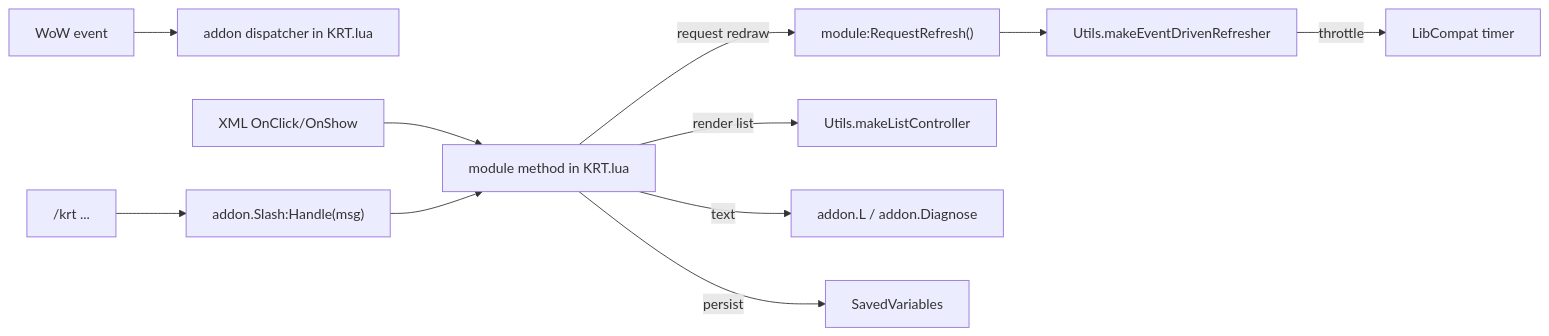
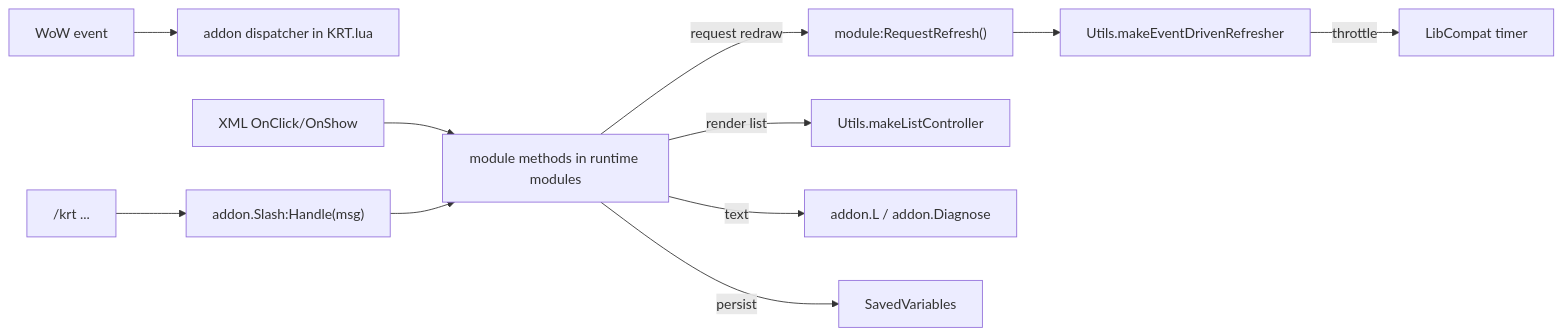
The second of 2 diagrams in OVERVIEW.md (sk1zzovsmx/KRT-improved), drawn with Mermaid before and after one commit. The commit also changed other lines of this file and 6 other files, not shown here.

````diff
--- a/OVERVIEW.md
+++ b/OVERVIEW.md
@@ -133,14 +140,14 @@
 ```mermaid
 flowchart LR
   W["WoW event"] --> EVT["addon dispatcher in KRT.lua"]
-  UI["XML OnClick/OnShow"] --> M["module method in KRT.lua"]
+  UI["XML OnClick/OnShow"] --> M["module methods in runtime modules"]
   SL["/krt ..."] --> SC["addon.Slash:Handle(msg)"] --> M
 
   M -->|request redraw| R["module:RequestRefresh()"]
   R --> U["Utils.makeEventDrivenRefresher"]
   U -->|throttle| T["LibCompat timer"]
 
   M -->|render list| LC["Utils.makeListController"]
   M -->|text| L["addon.L / addon.Diagnose"]
   M -->|persist| SV["SavedVariables"]
 ```
````
